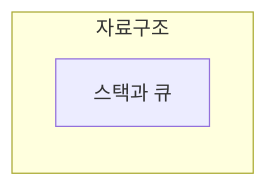
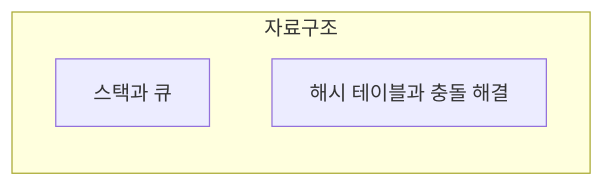
The diagram in concepts.md (Jirunu/TodayToDo), drawn with Mermaid before and after one commit. The commit also changed other lines of this file and 6 other files, not shown here.

````diff
--- a/concepts.md
+++ b/concepts.md
@@ -7,6 +7,7 @@
 ```mermaid
 graph LR
   subgraph s0 ["자료구조"]
     n0["스택과 큐"]
+    n1["해시 테이블과 충돌 해결"]
   end
 ```
````
